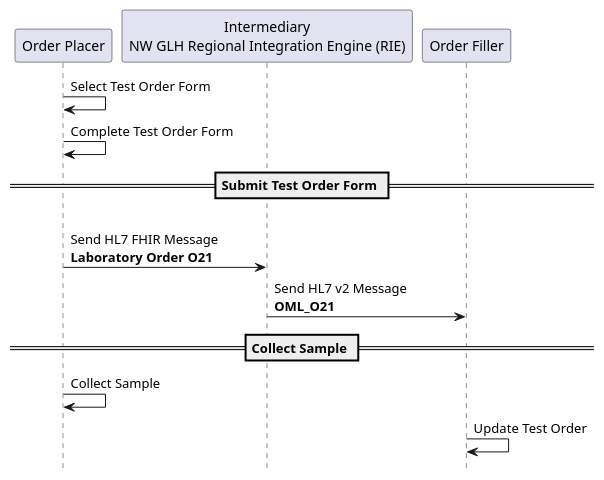
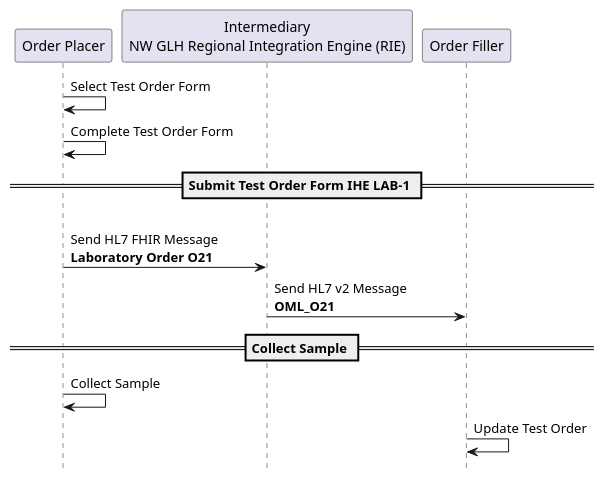
One commit to nw-gmsa/nw-gmsa.github.com changed the diagram in input/images-source/LTW-usecase-1-sequence.plantuml. Above: the diagram before and after it, drawn with PlantUML. The commit also changed 8 other files, not shown here.

```diff
--- a/input/images-source/LTW-usecase-1-sequence.plantuml
+++ b/input/images-source/LTW-usecase-1-sequence.plantuml
@@ -1,21 +1,21 @@
 @startuml
 
 hide footbox
 
 participant "Order Placer" as EPR
 participant "Intermediary\nNW GLH Regional Integration Engine (RIE)" as TIE
 participant "Order Filler" as LIMS
 
 EPR -> EPR: Select Test Order Form
 EPR -> EPR: Complete Test Order Form
 
-== Submit Test Order Form ==
+== Submit Test Order Form IHE LAB-1 ==
 EPR -> TIE: \nSend HL7 FHIR Message\n**Laboratory Order O21**
 TIE -> LIMS: Send HL7 v2 Message\n**OML_O21**
 
 
 == Collect Sample ==
 EPR -> EPR: Collect Sample
 LIMS -> LIMS: Update Test Order
 
 @enduml
```
